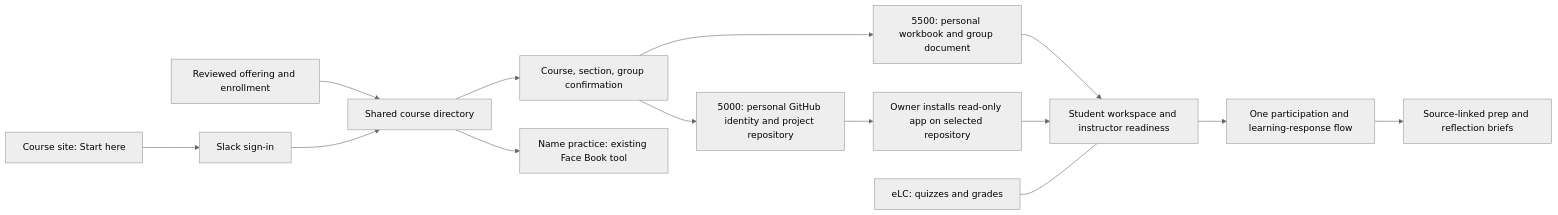
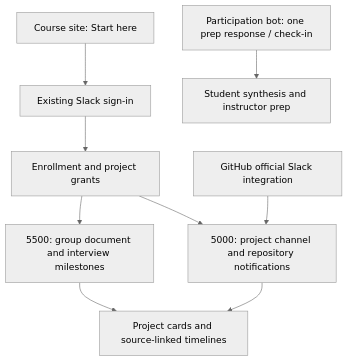
Before and after one commit to jweath/ai-mirror: the diagram in docs/student-onboarding.md, drawn with Mermaid (neutral theme). The commit also changed other lines of this file and 24 other files, not shown here.

Commit message:
Use Slack project feeds and 5000 cards with activity timelines

````diff
--- a/docs/student-onboarding.md
+++ b/docs/student-onboarding.md
@@ -11,16 +13,11 @@
 ```mermaid
-flowchart LR
-  R[Reviewed offering and enrollment] --> D[Shared course directory]
-  S[Course site: Start here] --> L[Slack sign-in]
-  L --> D
-  D --> C[Course, section, group confirmation]
-  C --> I[5500: personal workbook and group document]
-  C --> A[5000: personal GitHub identity and project repository]
-  A --> G[Owner installs read-only app on selected repository]
-  I --> V[Student workspace and instructor readiness]
-  G --> V
-  D --> N[Name practice: existing Face Book tool]
-  V --> P[One participation and learning-response flow]
-  P --> B[Source-linked prep and reflection briefs]
-  E[eLC: quizzes and grades] --- V
+flowchart TD
+  Start[Course site: Start here] --> Slack[Existing Slack sign-in]
+  Slack --> Roster[Enrollment and project grants]
+  Roster --> Intro[5500: group document and interview milestones]
+  Roster --> AI[5000: project channel and repository notifications]
+  GitHub[GitHub official Slack integration] --> AI
+  Intro --> Cards[Project cards and source-linked timelines]
+  AI --> Cards
+  Prep[Participation bot: one prep response / check-in] --> Brief[Student synthesis and instructor prep]
 ```
````
